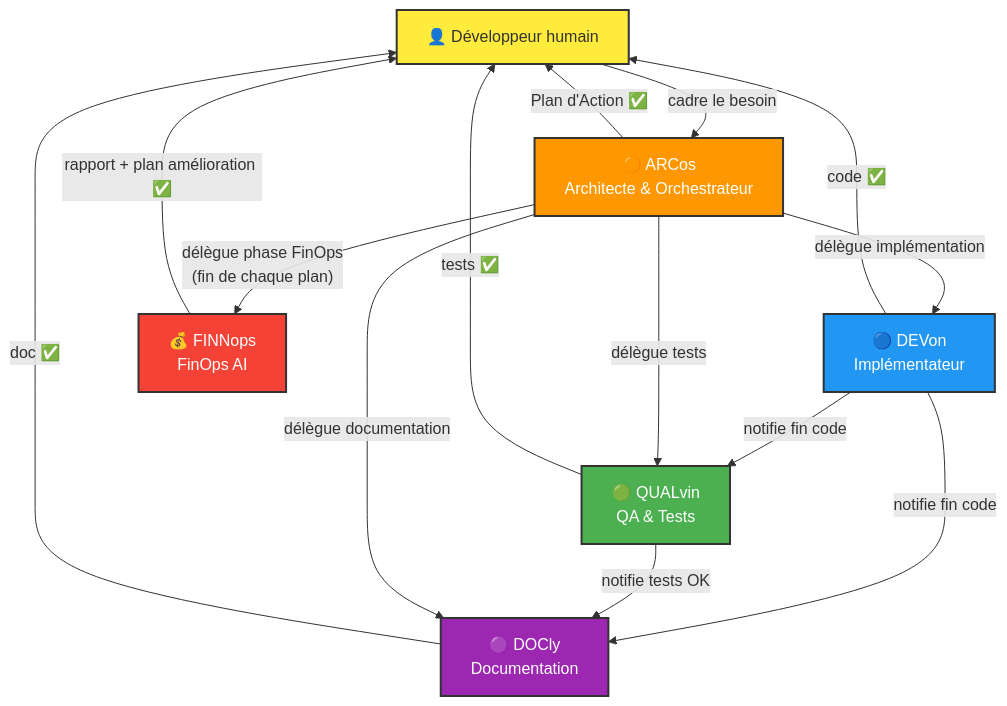
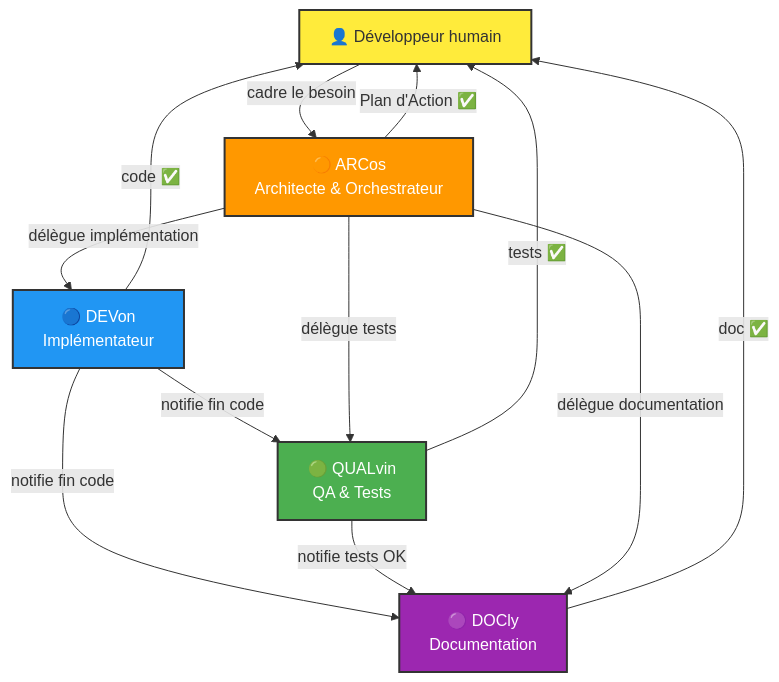
Before and after one commit to vzwingma/vzwingma: the diagram in README.md, drawn with Mermaid. The commit also changed other lines of this file and 7 other files, not shown here.

````diff
--- a/README.md
+++ b/README.md
@@ -73,34 +73,30 @@
 ```mermaid
 graph TD
     Human["👤 Développeur humain"]
     Arch["🟠 ARCos\nArchitecte & Orchestrateur"]
     Dev["🔵 DEVon\nImplémentateur"]
     QA["🟢 QUALvin\nQA & Tests"]
     Doc["🟣 DOCly\nDocumentation"]
-    FinOps["💰 FINNops\nFinOps AI"]
 
     Human -->|"cadre le besoin"| Arch
     Arch -->|"Plan d'Action ✅"| Human
 
     Arch -->|"délègue implémentation"| Dev
     Dev -->|"code ✅"| Human
     Dev -->|"notifie fin code"| QA
     Dev -->|"notifie fin code"| Doc
 
     Arch -->|"délègue tests"| QA
     QA -->|"tests ✅"| Human
     QA -->|"notifie tests OK"| Doc
 
     Arch -->|"délègue documentation"| Doc
     Doc -->|"doc ✅"| Human
 
-    Arch -->|"délègue phase FinOps\n(fin de chaque plan)"| FinOps
-    FinOps -->|"rapport + plan amélioration ✅"| Human
 
     style Human fill:#ffeb3b,stroke:#333,stroke-width:2px
     style Arch fill:#FF9800,stroke:#333,stroke-width:2px,color:#fff
     style Dev fill:#2196F3,stroke:#333,stroke-width:2px,color:#fff
     style QA fill:#4CAF50,stroke:#333,stroke-width:2px,color:#fff
     style Doc fill:#9C27B0,stroke:#333,stroke-width:2px,color:#fff
-    style FinOps fill:#F44336,stroke:#333,stroke-width:2px,color:#fff
 ```
````
